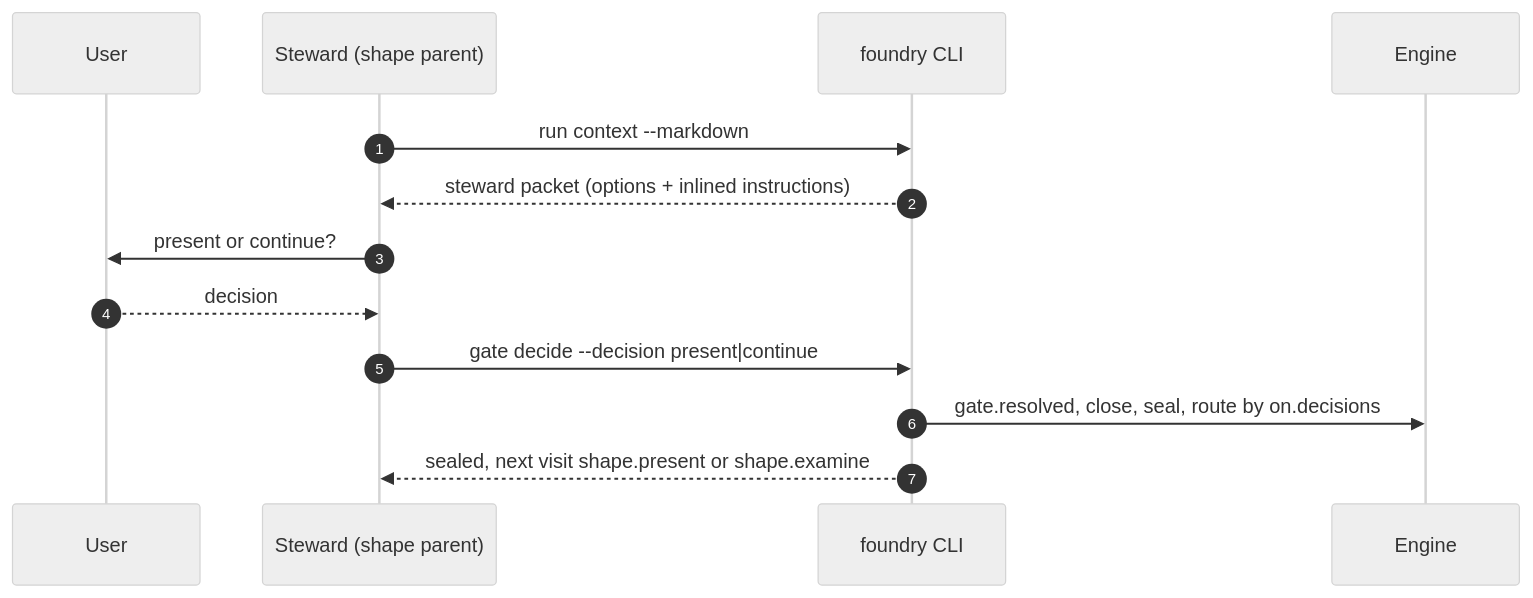
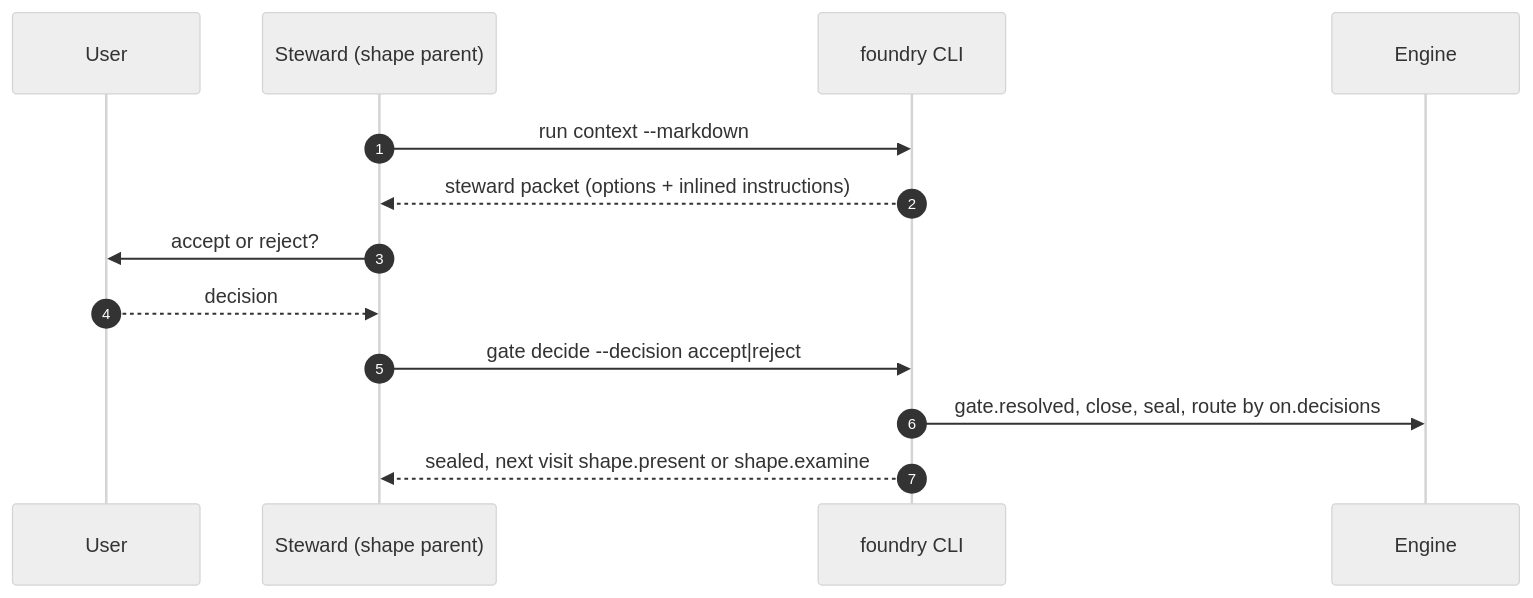
One commit to burtlo/foundry changed the second of 2 diagrams in docs/nodes/shape.examine.gate.md. Above: the diagram before and after it, drawn with Mermaid (neutral theme). The commit also changed other lines of this file and 72 other files, not shown here.

````diff
--- a/docs/nodes/shape.examine.gate.md
+++ b/docs/nodes/shape.examine.gate.md
@@ -66,17 +66,17 @@
 ```mermaid
 sequenceDiagram
   autonumber
   participant U as User
   participant S as Steward (shape parent)
   participant CLI as foundry CLI
   participant E as Engine
 
   S->>CLI: run context --markdown
   CLI-->>S: steward packet (options + inlined instructions)
 
-  S->>U: present or continue?
+  S->>U: accept or reject?
   U-->>S: decision
-  S->>CLI: gate decide --decision present|continue
+  S->>CLI: gate decide --decision accept|reject
   CLI->>E: gate.resolved, close, seal, route by on.decisions
   CLI-->>S: sealed, next visit shape.present or shape.examine
 ```
````
